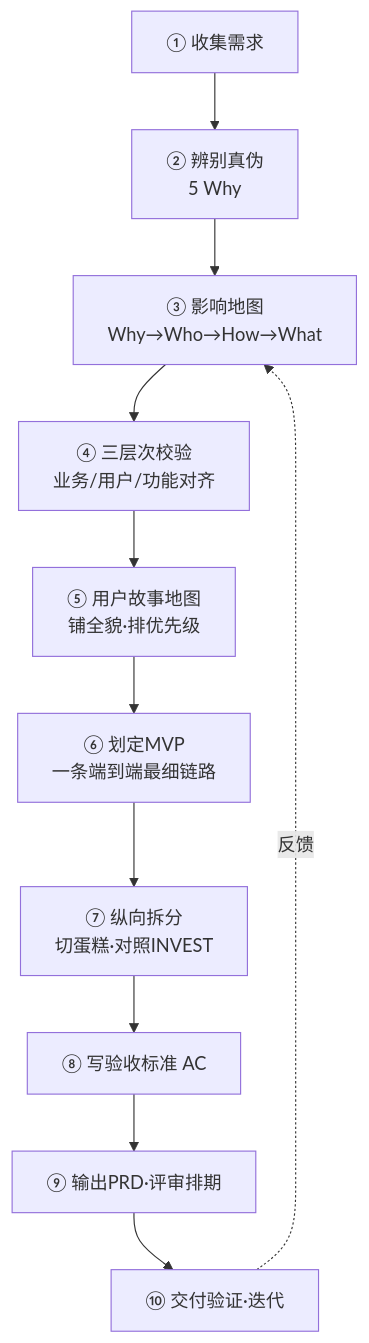
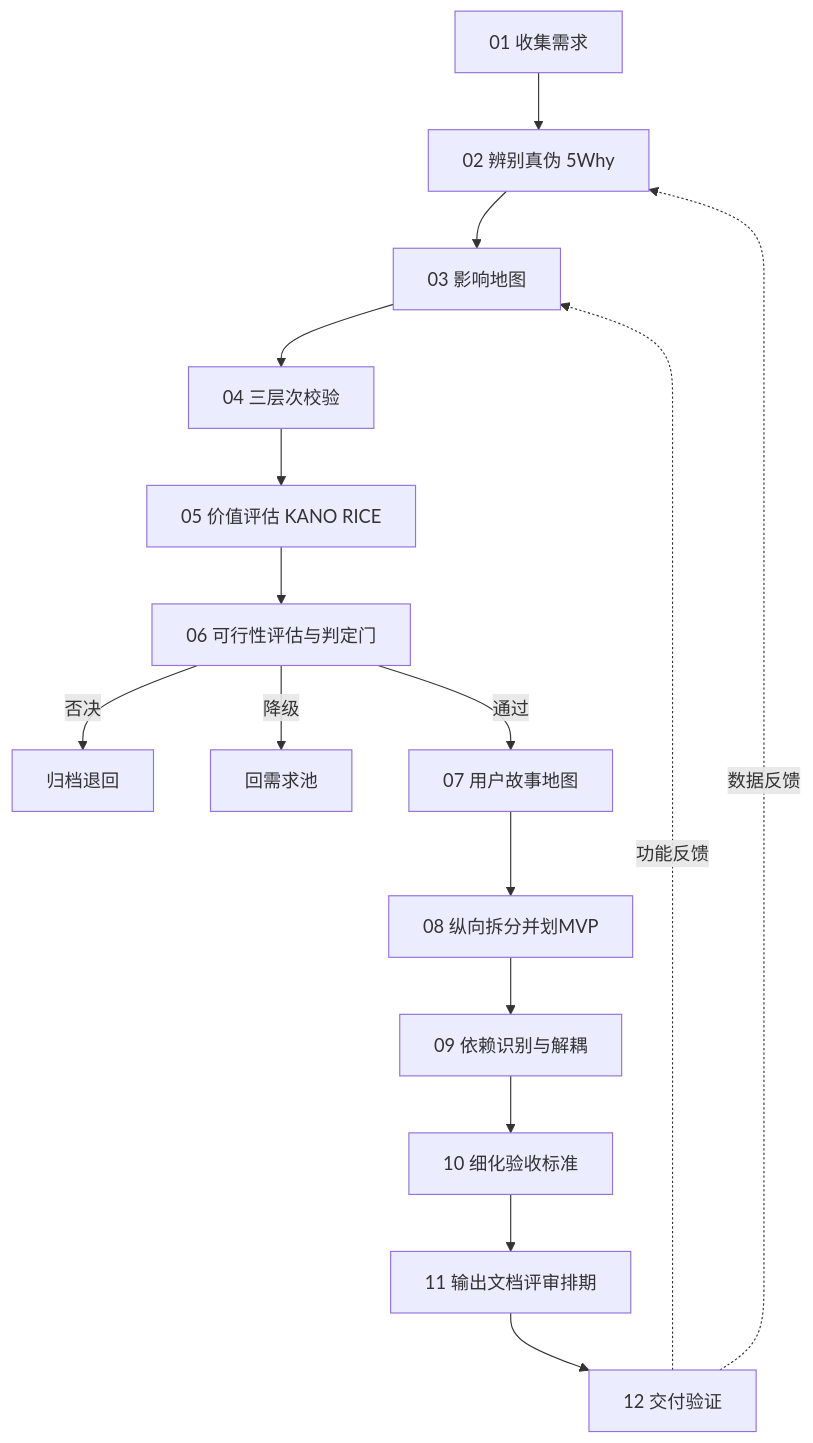
The sixth of 7 diagrams in 计算机相关学习/需求/需求拆分和需求分析.md (Sj-g/obsidian), drawn with Mermaid before and after one commit. The commit also changed other lines of this file and 4 other files, not shown here.

````diff
--- a/计算机相关学习/需求/需求拆分和需求分析.md
+++ b/计算机相关学习/需求/需求拆分和需求分析.md
@@ -173,13 +241,18 @@
 ```mermaid
 flowchart TD
-    A[① 收集需求] --> B[② 辨别真伪<br/>5 Why]
-    B --> C[③ 影响地图<br/>Why→Who→How→What]
-    C --> D[④ 三层次校验<br/>业务/用户/功能对齐]
-    D --> E[⑤ 用户故事地图<br/>铺全貌·排优先级]
-    E --> F[⑥ 划定MVP<br/>一条端到端最细链路]
-    F --> G[⑦ 纵向拆分<br/>切蛋糕·对照INVEST]
-    G --> H[⑧ 写验收标准 AC]
-    H --> I[⑨ 输出PRD·评审排期]
-    I --> J[⑩ 交付验证·迭代]
-    J -.反馈.-> C
+    A["01 收集需求"] --> B["02 辨别真伪 5Why"]
+    B --> C["03 影响地图"]
+    C --> D["04 三层次校验"]
+    D --> V["05 价值评估 KANO RICE"]
+    V --> K["06 可行性评估与判定门"]
+    K -->|否决| X["归档退回"]
+    K -->|降级| P["回需求池"]
+    K -->|通过| E["07 用户故事地图"]
+    E --> F["08 纵向拆分并划MVP"]
+    F --> G["09 依赖识别与解耦"]
+    G --> H["10 细化验收标准"]
+    H --> I["11 输出文档评审排期"]
+    I --> J["12 交付验证"]
+    J -.数据反馈.-> B
+    J -.功能反馈.-> C
 ```
````
